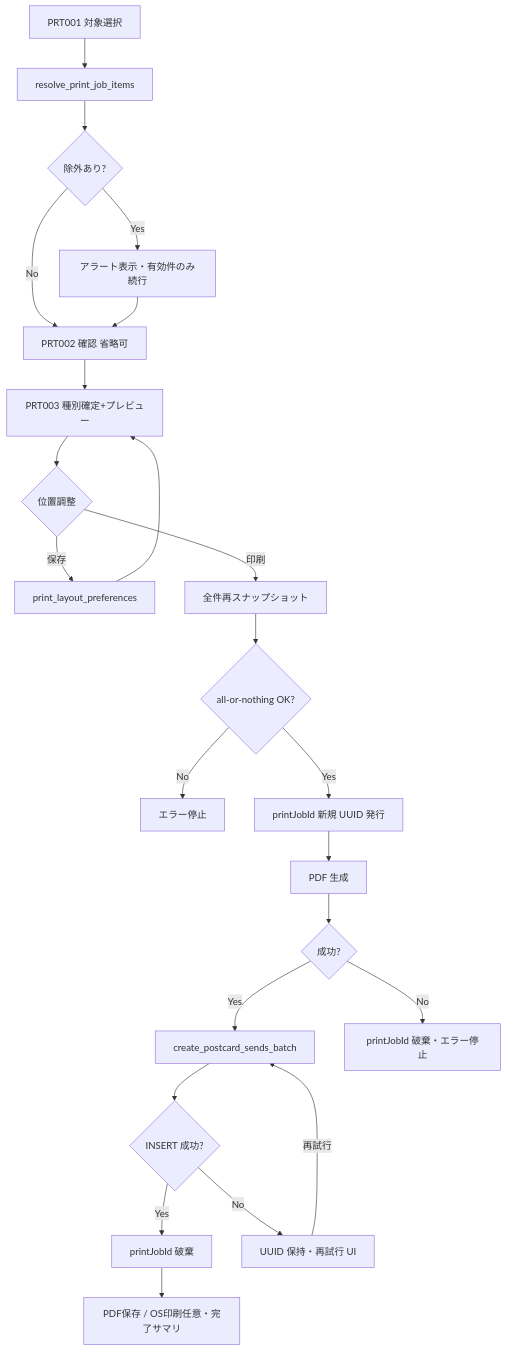
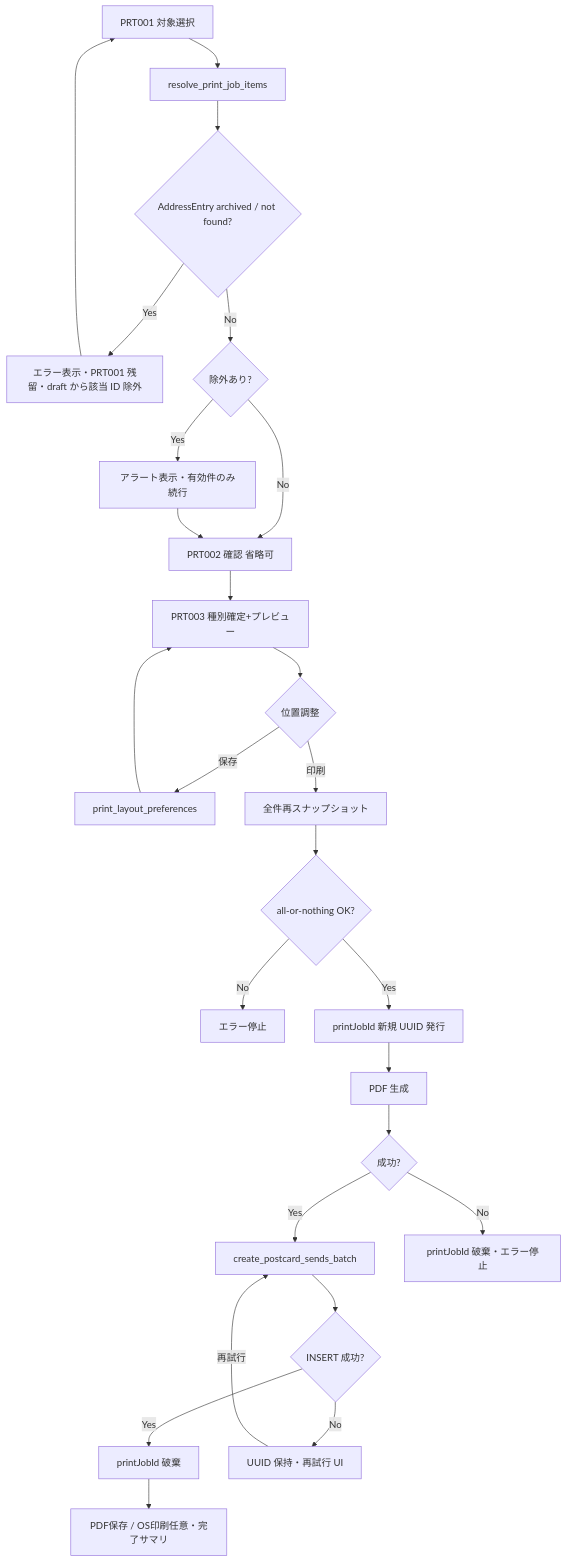
One commit to topea-3/craft-post-app changed the diagram in docs/design/postcard-address-print-v1-design.md. Above: the diagram before and after it, drawn with Mermaid. The commit also changed other lines of this file and 1 other file, not shown here.

First line of the commit message:
fix(design): resolve 失敗後の stale draft ID 回復を定義

````diff
--- a/docs/design/postcard-address-print-v1-design.md
+++ b/docs/design/postcard-address-print-v1-design.md
@@ -353,25 +359,28 @@
 ```mermaid
 flowchart TD
   A[PRT001 対象選択] --> B[resolve_print_job_items]
-  B --> C{除外あり?}
+  B --> C0{AddressEntry archived / not found?}
+  C0 -->|Yes| Cfail[エラー表示・PRT001 残留・draft から該当 ID 除外]
+  Cfail --> A
+  C0 -->|No| C{除外あり?}
   C -->|Yes| D[アラート表示・有効件のみ続行]
   C -->|No| E[PRT002 確認 省略可]
   D --> E
   E --> F[PRT003 種別確定+プレビュー]
   F --> G{位置調整}
   G -->|保存| H[print_layout_preferences]
   H --> F
   G -->|印刷| I[全件再スナップショット]
   I --> J{all-or-nothing OK?}
   J -->|No| K[エラー停止]
   J -->|Yes| L[printJobId 新規 UUID 発行]
   L --> M[PDF 生成]
   M --> N{成功?}
   N -->|Yes| O[create_postcard_sends_batch]
   N -->|No| T[printJobId 破棄・エラー停止]
   O --> R{INSERT 成功?}
   R -->|Yes| P[printJobId 破棄]
   R -->|No| S[UUID 保持・再試行 UI]
   S -->|再試行| O
   P --> Q[PDF保存 / OS印刷任意・完了サマリ]
 ```
````
